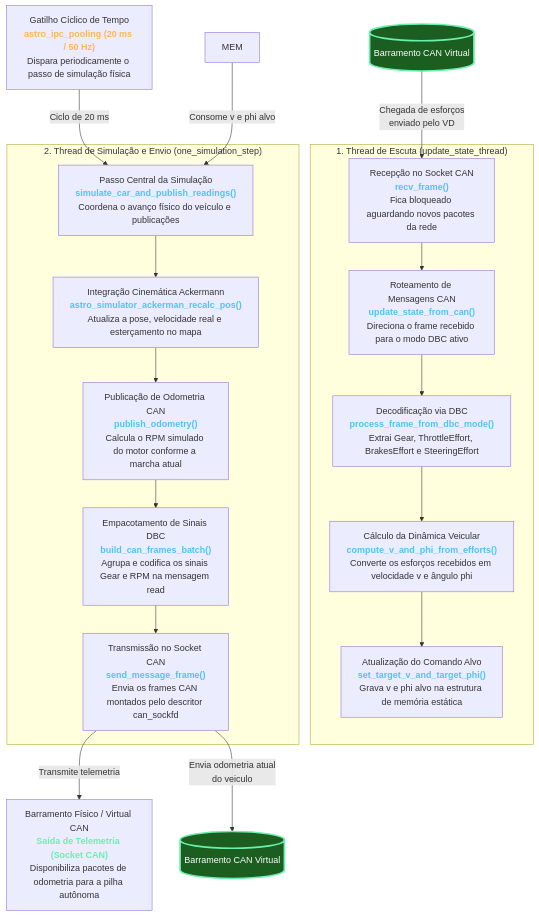
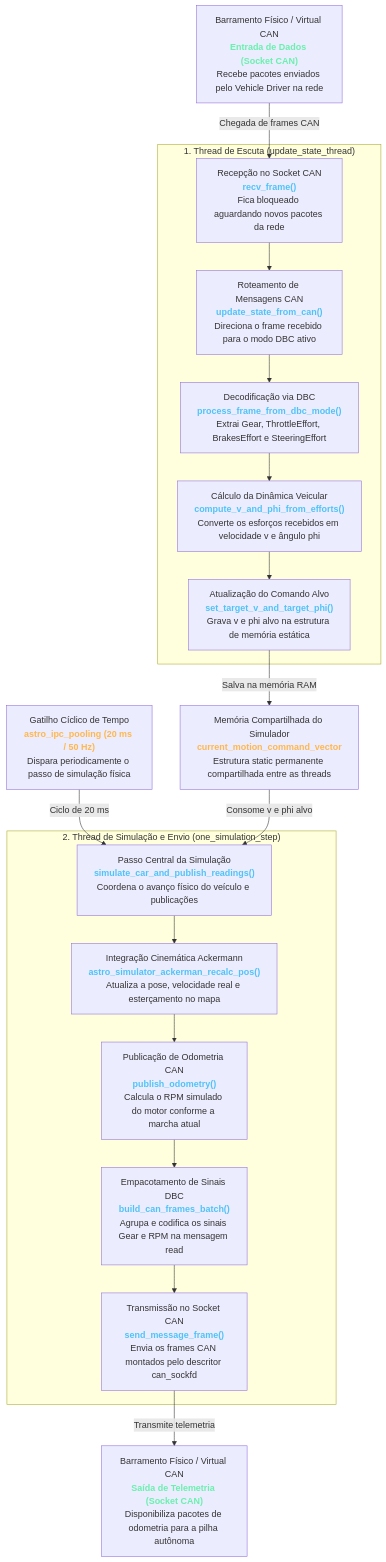
The second of 2 diagrams in simulator_ackerman/docs/01_arquitetura_e_fluxo_geral.md (BrenoCSilva/lume), drawn with Mermaid before and after one commit. The commit also changed other lines of this file, not shown here.

````diff
--- a/simulator_ackerman/docs/01_arquitetura_e_fluxo_geral.md
+++ b/simulator_ackerman/docs/01_arquitetura_e_fluxo_geral.md
@@ -101,36 +77,29 @@
 ```mermaid
 flowchart TD
-    
-    CAN_BUS[("Barramento CAN Virtual")]
+    CAN_IN["Barramento Físico / Virtual CAN<br/><b style='color:#69f0ae'>Entrada de Dados (Socket CAN)</b><br/>Recebe pacotes enviados pelo Vehicle Driver na rede"]
 
-    CAN_BUS -->|"Chegada de esforços <br/>enviado pelo VD"| RECV
+    CAN_IN -->|"Chegada de frames CAN"| RECV
 
     subgraph ThreadEscuta ["1. Thread de Escuta (update_state_thread)"]
         RECV["Recepção no Socket CAN<br/><b style='color:#4fc3f7'>recv_frame()</b><br/>Fica bloqueado aguardando novos pacotes da rede"]
         RECV --> UPDATE["Roteamento de Mensagens CAN<br/><b style='color:#4fc3f7'>update_state_from_can()</b><br/>Direciona o frame recebido para o modo DBC ativo"]
         UPDATE --> PROC_DBC["Decodificação via DBC<br/><b style='color:#4fc3f7'>process_frame_from_dbc_mode()</b><br/>Extrai Gear, ThrottleEffort, BrakesEffort e SteeringEffort"]
         PROC_DBC --> CALC_DYN["Cálculo da Dinâmica Veicular<br/><b style='color:#4fc3f7'>compute_v_and_phi_from_efforts()</b><br/>Converte os esforços recebidos em velocidade v e ângulo phi"]
         CALC_DYN --> SET_TARGET["Atualização do Comando Alvo<br/><b style='color:#4fc3f7'>set_target_v_and_target_phi()</b><br/>Grava v e phi alvo na estrutura de memória estática"]
     end
+
+    SET_TARGET -->|"Salva na memória RAM"| MEM["Memória Compartilhada do Simulador<br/><b style='color:#ffb74d'>current_motion_command_vector</b><br/>Estrutura static permanente compartilhada entre as threads"]
 
     TIMER["Gatilho Cíclico de Tempo<br/><b style='color:#ffb74d'>astro_ipc_pooling (20 ms / 50 Hz)</b><br/>Dispara periodicamente o passo de simulação física"] -->|"Ciclo de 20 ms"| SIM_STEP
     MEM -->|"Consome v e phi alvo"| SIM_STEP
 
     subgraph ThreadSimulacao ["2. Thread de Simulação e Envio (one_simulation_step)"]
         SIM_STEP["Passo Central da Simulação<br/><b style='color:#4fc3f7'>simulate_car_and_publish_readings()</b><br/>Coordena o avanço físico do veículo e publicações"]
         SIM_STEP --> RECALC["Integração Cinemática Ackermann<br/><b style='color:#4fc3f7'>astro_simulator_ackerman_recalc_pos()</b><br/>Atualiza a pose, velocidade real e esterçamento no mapa"]
         RECALC --> PUB_ODO["Publicação de Odometria CAN<br/><b style='color:#4fc3f7'>publish_odometry()</b><br/>Calcula o RPM simulado do motor conforme a marcha atual"]
         PUB_ODO --> BATCH["Empacotamento de Sinais DBC<br/><b style='color:#4fc3f7'>build_can_frames_batch()</b><br/>Agrupa e codifica os sinais Gear e RPM na mensagem read"]
         BATCH --> SEND["Transmissão no Socket CAN<br/><b style='color:#4fc3f7'>send_message_frame()</b><br/>Envia os frames CAN montados pelo descritor can_sockfd"]
     end
 
     SEND -->|"Transmite telemetria"| CAN_OUT["Barramento Físico / Virtual CAN<br/><b style='color:#69f0ae'>Saída de Telemetria (Socket CAN)</b><br/>Disponibiliza pacotes de odometria para a pilha autônoma"]
-
-    SEND -->|"Envia odometria atual<br/> do veiculo"| CAN_BUS_2
-   
-    CAN_BUS_2[("Barramento CAN Virtual")]
-
-    style CAN_BUS fill:#1b5e20,stroke:#69f0ae,stroke-width:3px,color:#ffffff
-    style CAN_BUS_2 fill:#1b5e20,stroke:#69f0ae,stroke-width:3px,color:#ffffff
-
 ```
````
